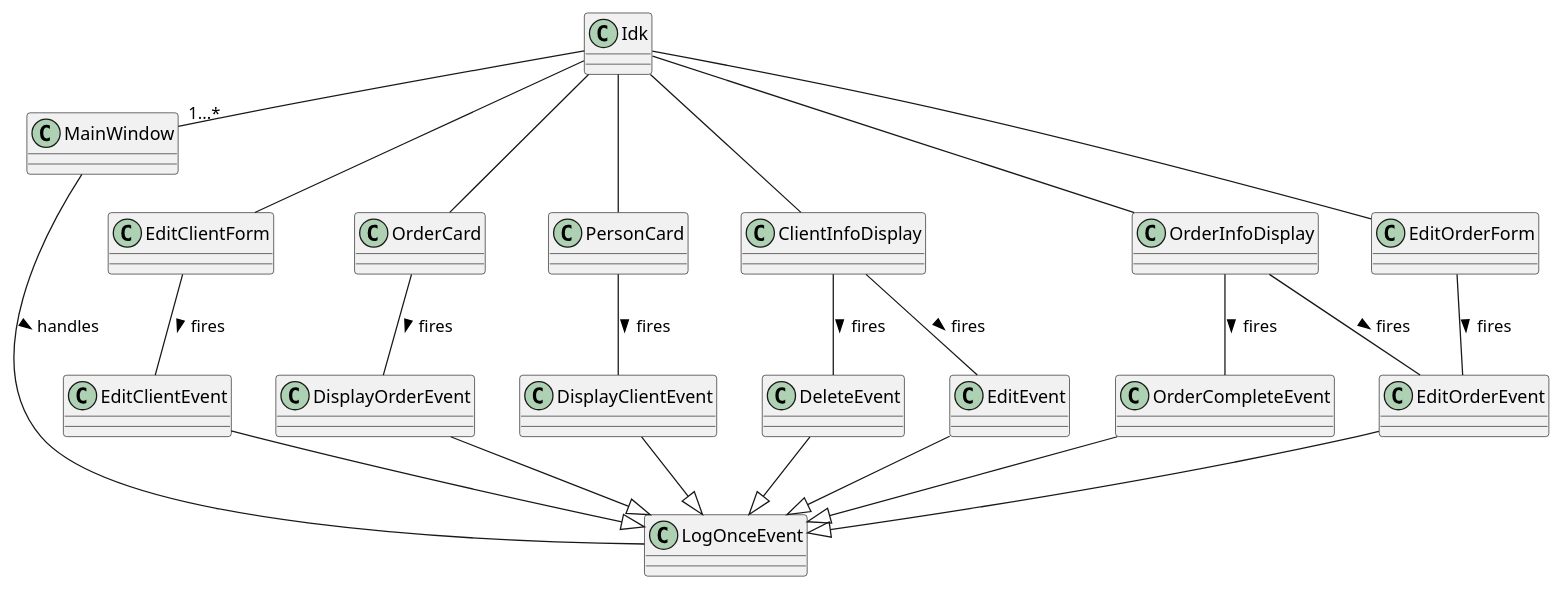
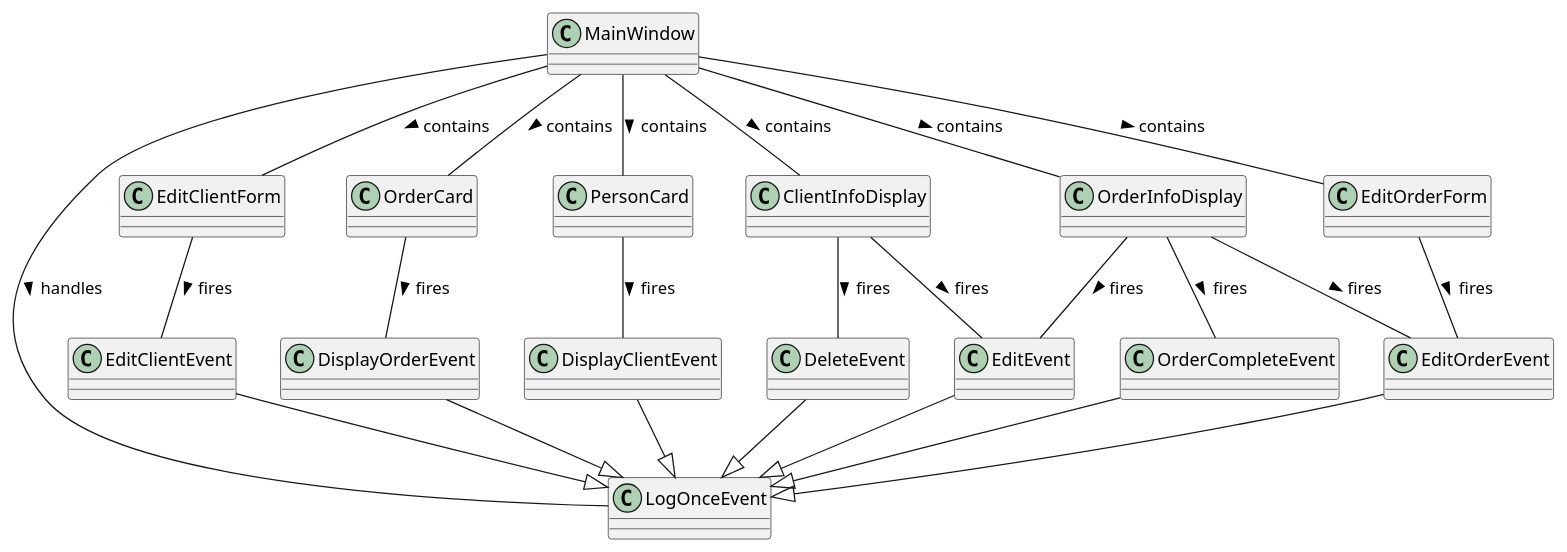
Before and after one commit to youyingfeng/tp: the diagram in docs/diagrams/GuiClassDiagram.puml, drawn with PlantUML. The commit also changed 7 other files, not shown here.

Commit message:
Update uml diagrams

```diff
--- a/docs/diagrams/GuiClassDiagram.puml
+++ b/docs/diagrams/GuiClassDiagram.puml
@@ -1,44 +1,43 @@
 @startuml
 
 class MainWindow
-class Idk
 class EditClientForm
 class OrderCard
 class PersonCard
 class ClientInfoDisplay
 class OrderInfoDisplay
 class EditClientEvent
 class EditOrderEvent
 class DisplayOrderEvent
 class DisplayClientEvent
 class EditEvent
 class DeleteEvent
 class EditOrderEvent
 class OrderCompleteEvent
 class LogOnceEvent
 
 MainWindow - LogOnceEvent : handles >
-Idk - "1...*" MainWindow
-Idk -- EditClientForm
-Idk -- EditOrderForm
-Idk -- OrderCard
-Idk -- PersonCard
-Idk -- ClientInfoDisplay
-Idk -- OrderInfoDisplay
+MainWindow -- EditClientForm : contains >
+MainWindow -- EditOrderForm : contains >
+MainWindow -- OrderCard : contains >
+MainWindow -- PersonCard : contains >
+MainWindow -- ClientInfoDisplay : contains >
+MainWindow -- OrderInfoDisplay : contains >
 EditClientForm -- EditClientEvent : fires >
 EditOrderForm -- EditOrderEvent : fires >
 OrderCard -- DisplayOrderEvent : fires >
 PersonCard -- DisplayClientEvent : fires >
 ClientInfoDisplay -- EditEvent : fires >
 ClientInfoDisplay -- DeleteEvent : fires >
 OrderInfoDisplay -- EditOrderEvent : fires >
 OrderInfoDisplay -- OrderCompleteEvent : fires >
+OrderInfoDisplay -- EditEvent : fires >
 EditClientEvent --|> LogOnceEvent
 EditOrderEvent --|> LogOnceEvent
 DisplayOrderEvent --|> LogOnceEvent
 DisplayClientEvent --|> LogOnceEvent
 EditEvent --|> LogOnceEvent
 DeleteEvent --|> LogOnceEvent
 OrderCompleteEvent --|> LogOnceEvent
 
 @enduml
```
